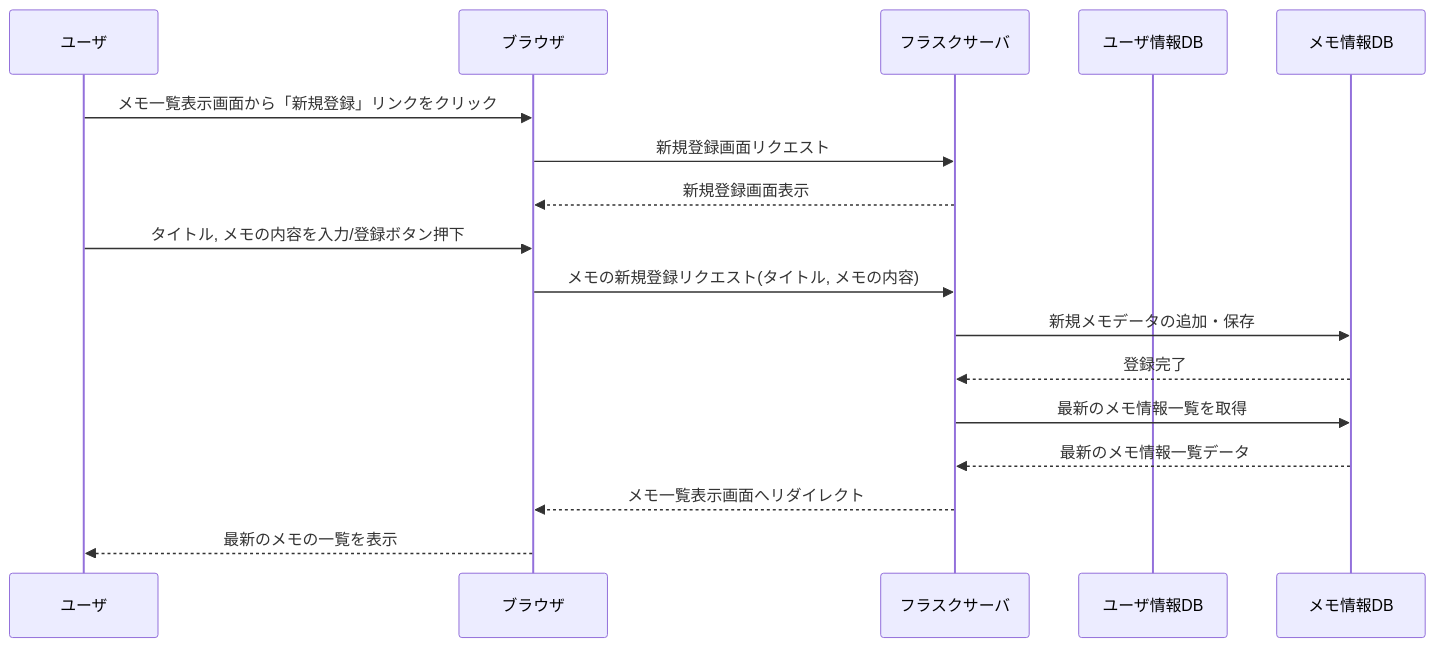
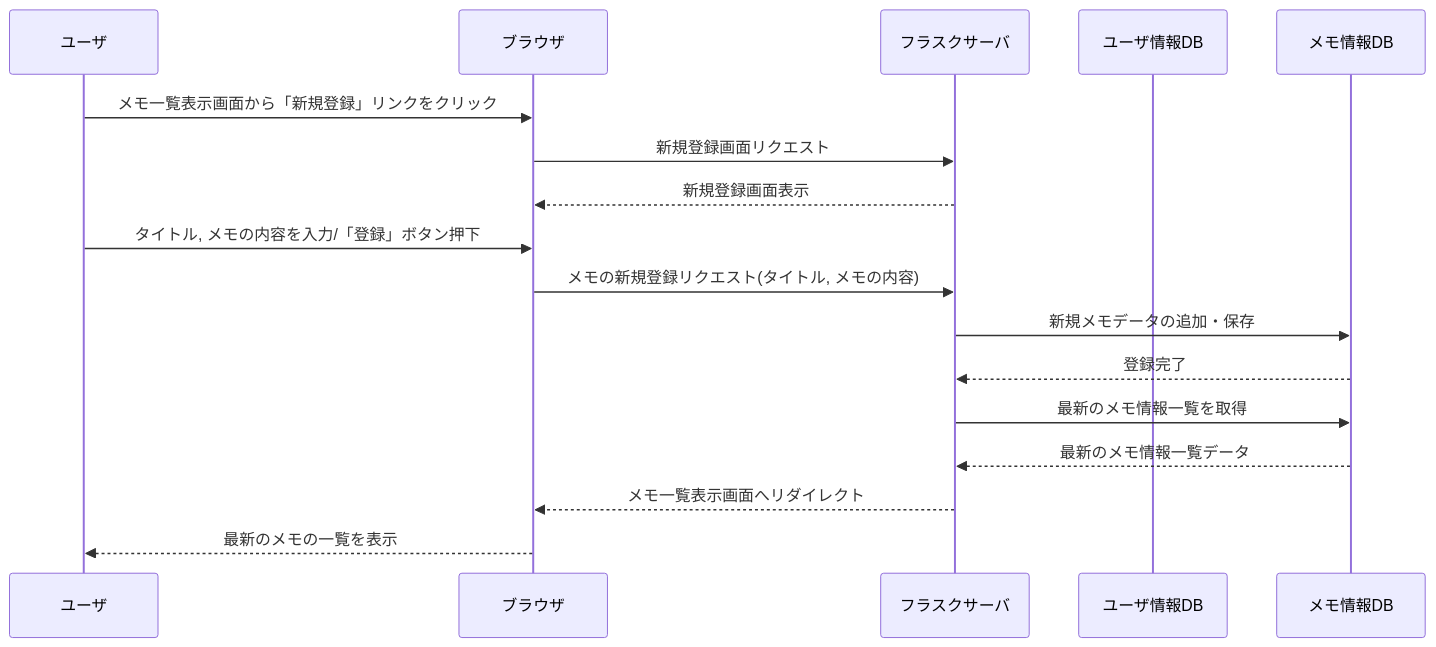
The diagram in シーケンス図_メモを新規登録する.md (sasaoka-sasami/python-memoapp), drawn with Mermaid before and after one commit.

Commit message:
文言一部編集

````diff
--- a/シーケンス図_メモを新規登録する.md
+++ b/シーケンス図_メモを新規登録する.md
@@ -1,23 +1,23 @@
 ```mermaid
 sequenceDiagram
     participant user as ユーザ
     participant browser as ブラウザ
     participant flask as フラスクサーバ
     participant udb as ユーザ情報DB
     participant mdb as メモ情報DB
 
     user ->> browser: メモ一覧表示画面から「新規登録」リンクをクリック
     browser ->> flask: 新規登録画面リクエスト
     flask -->> browser: 新規登録画面表示
 
-    user ->> browser: タイトル, メモの内容を入力/登録ボタン押下
+    user ->> browser: タイトル, メモの内容を入力/「登録」ボタン押下
     browser ->> flask: メモの新規登録リクエスト(タイトル, メモの内容)
     flask ->> mdb: 新規メモデータの追加・保存
     mdb -->> flask: 登録完了
 
     flask ->> mdb: 最新のメモ情報一覧を取得
     mdb -->> flask: 最新のメモ情報一覧データ
     flask -->> browser: メモ一覧表示画面へリダイレクト
     browser -->> user: 最新のメモの一覧を表示
 
 ```
````
